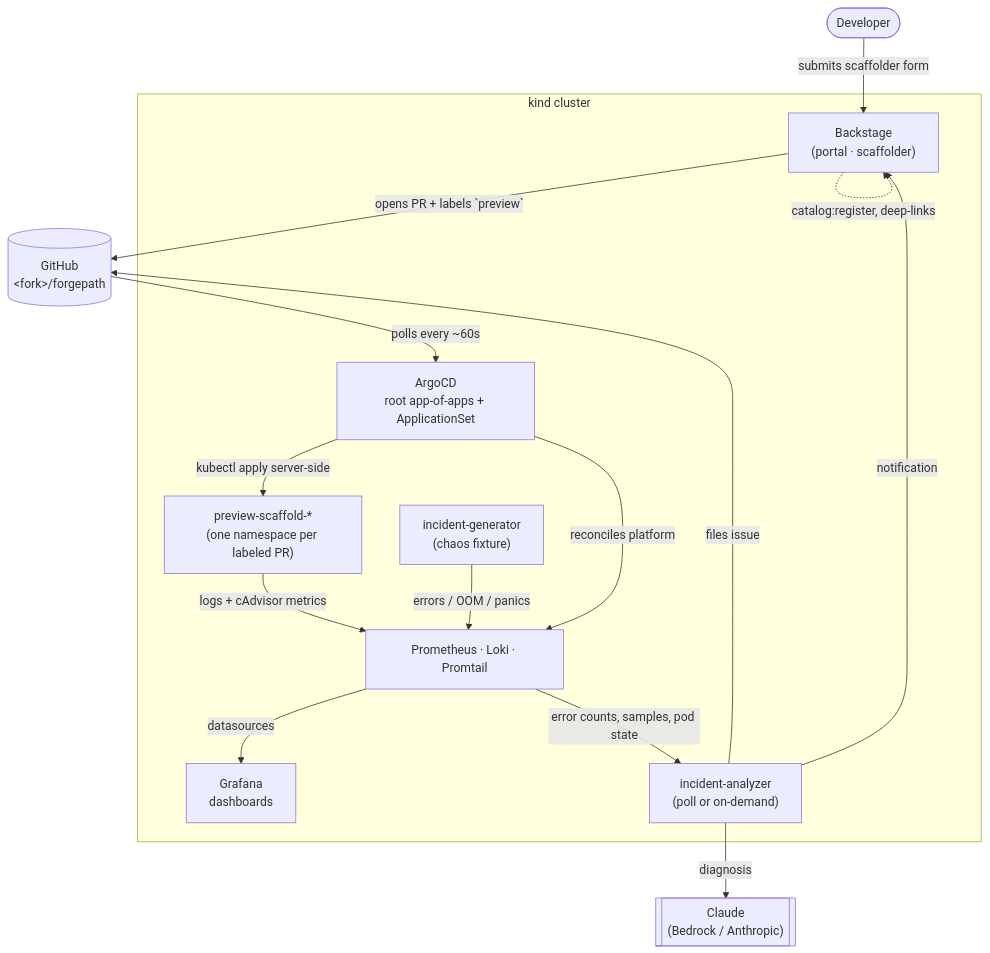
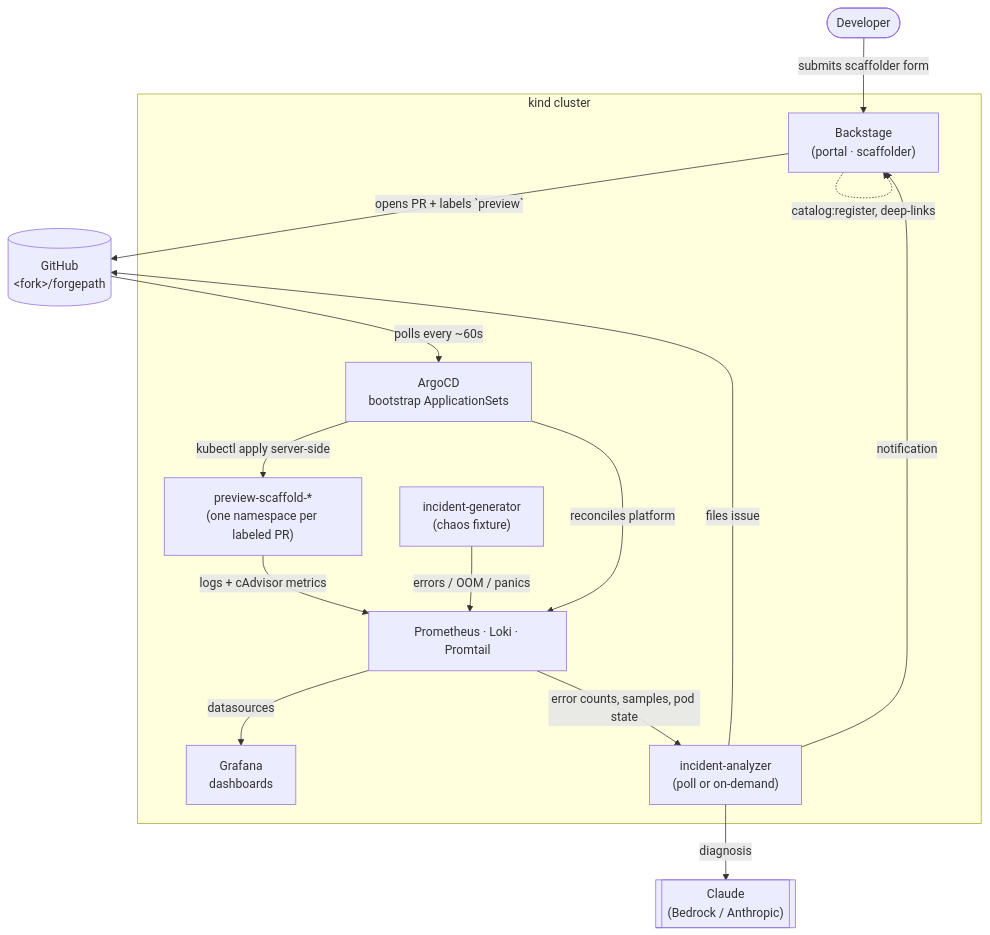
The first of 3 diagrams in docs/architecture.md (louis-fiori/forgepath), drawn with Mermaid before and after one commit. The commit also changed other lines of this file and 20 other files, not shown here.

Commit message:
refactor(gitops): render bootstrap ApplicationSets from .env, drop make configure

````diff
--- a/docs/architecture.md
+++ b/docs/architecture.md
@@ -7,30 +7,30 @@
 ```mermaid
 flowchart TD
     Dev([Developer])
     GitHub[("GitHub<br/>&lt;fork&gt;/forgepath")]
     Claude[["Claude<br/>(Bedrock / Anthropic)"]]
 
     subgraph cluster["kind cluster"]
         Backstage["Backstage<br/>(portal · scaffolder)"]
-        Argo["ArgoCD<br/>root app-of-apps + ApplicationSet"]
+        Argo["ArgoCD<br/>bootstrap ApplicationSets"]
         Previews["preview-scaffold-*<br/>(one namespace per labeled PR)"]
         Obs["Prometheus · Loki · Promtail"]
         Grafana["Grafana<br/>dashboards"]
         Gen["incident-generator<br/>(chaos fixture)"]
         Analyzer["incident-analyzer<br/>(poll or on-demand)"]
     end
 
     Dev -->|submits scaffolder form| Backstage
     Backstage -->|opens PR + labels `preview`| GitHub
     Backstage -.->|catalog:register, deep-links| Backstage
     GitHub -->|polls every ~60s| Argo
     Argo -->|kubectl apply server-side| Previews
     Argo -->|reconciles platform| Obs
     Previews -->|logs + cAdvisor metrics| Obs
     Gen -->|errors / OOM / panics| Obs
     Obs -->|datasources| Grafana
     Obs -->|error counts, samples, pod state| Analyzer
     Analyzer -->|diagnosis| Claude
     Analyzer -->|files issue| GitHub
     Analyzer -->|notification| Backstage
 ```
````
